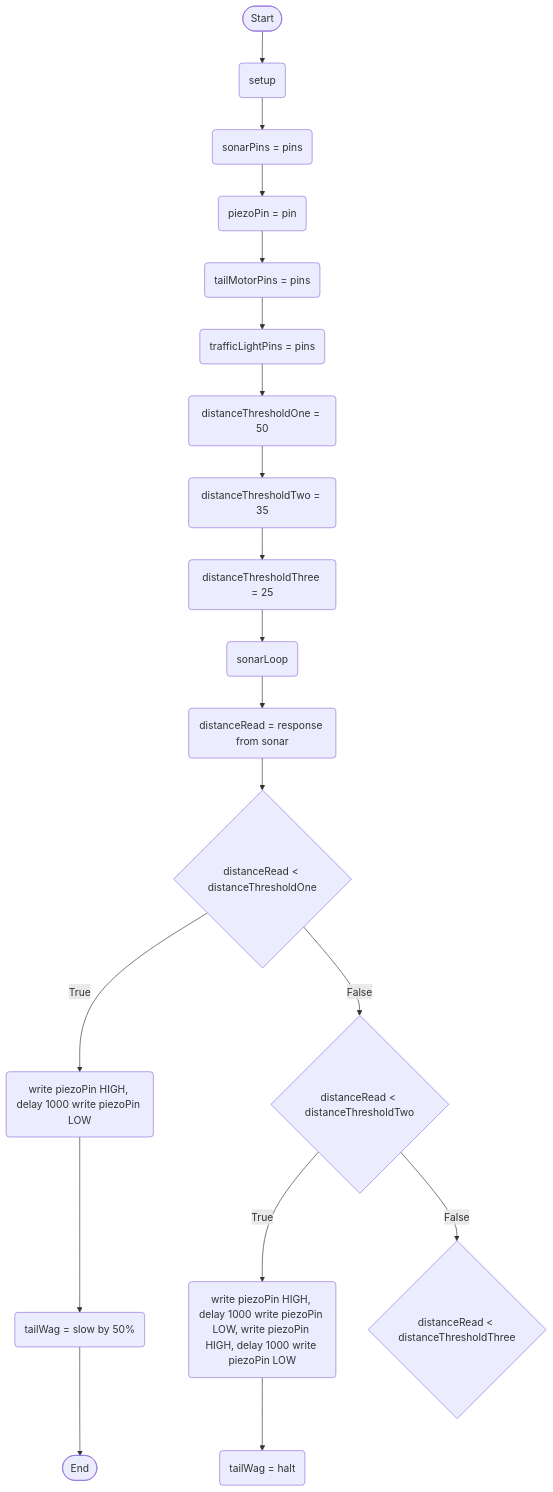
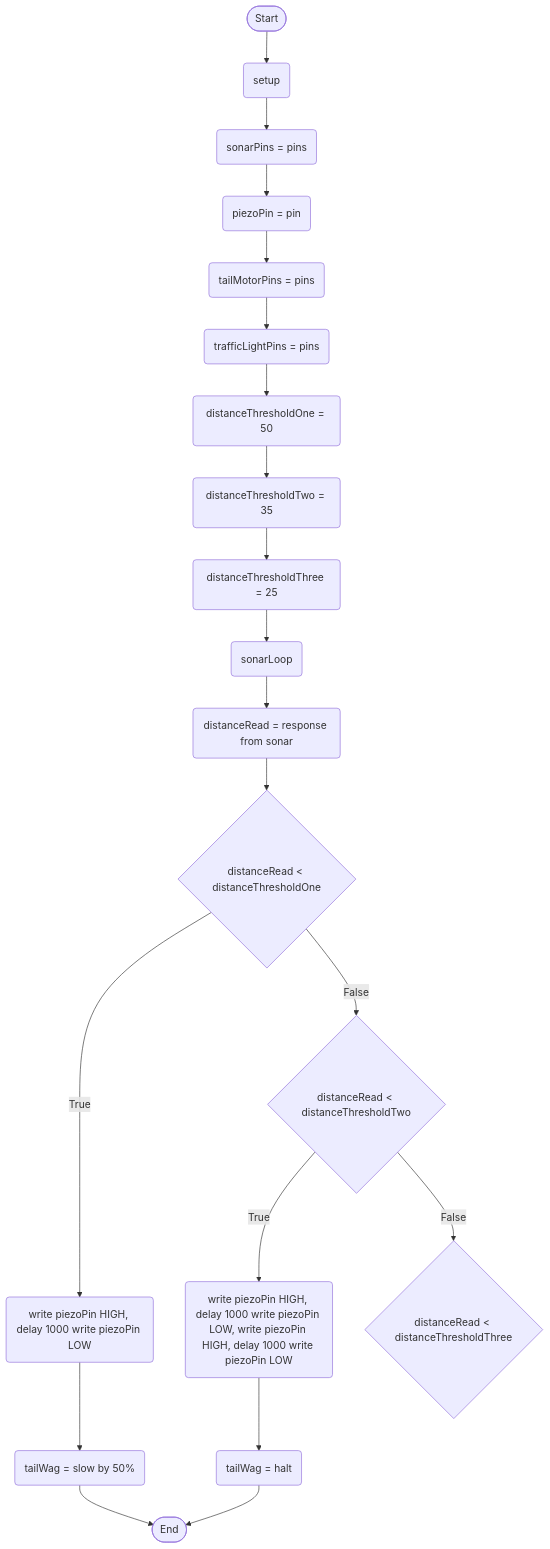
The diagram in logic.md (Deltace05/SmartDog), drawn with Mermaid before and after one commit.

````diff
--- a/logic.md
+++ b/logic.md
@@ -1,42 +1,43 @@
 ```mermaid
 flowchart TD
 terminalStart([Start])
 terminalEnd([End])
 setupStart(setup)
 setSonarRead(sonarPins = pins)
 setPiezoPin(piezoPin = pin)
 setTail(tailMotorPins = pins)
 setLight(trafficLightPins = pins)
 thresholdSetOne(distanceThresholdOne = 50)
 thresholdSetTwo(distanceThresholdTwo = 35)
 thresholdSetThree(distanceThresholdThree = 25)
 currentDistanceReading(distanceRead = response from sonar)
 ifDistanceLessThanThresholdOne{distanceRead < distanceThresholdOne}
 ifDistanceLessThanThresholdTwo{distanceRead < distanceThresholdTwo}
 ifDistanceLessThanThresholdThree{distanceRead < distanceThresholdThree}
 piezoOneBuzz(write piezoPin HIGH, delay 1000 write piezoPin LOW)
 piezoTwoBuzz(write piezoPin HIGH, delay 1000 write piezoPin LOW, write piezoPin HIGH, delay 1000 write piezoPin LOW)
 tailSlow(tailWag = slow by 50%)
 tailStop(tailWag = halt)
 sonarStart(sonarLoop)
 
 terminalStart --> setupStart
 setupStart --> setSonarRead
 setSonarRead --> setPiezoPin
 setPiezoPin --> setTail
 setTail --> setLight
 setLight --> thresholdSetOne
 thresholdSetOne --> thresholdSetTwo
 thresholdSetTwo --> thresholdSetThree
 thresholdSetThree --> sonarStart
 
 sonarStart --> currentDistanceReading
 currentDistanceReading --> ifDistanceLessThanThresholdOne
 ifDistanceLessThanThresholdOne --> |True| piezoOneBuzz
 piezoOneBuzz --> tailSlow
 tailSlow --> terminalEnd
 ifDistanceLessThanThresholdOne --> |False| ifDistanceLessThanThresholdTwo
 ifDistanceLessThanThresholdTwo --> |True| piezoTwoBuzz
 piezoTwoBuzz --> tailStop
+tailStop --> terminalEnd
 ifDistanceLessThanThresholdTwo --> |False| ifDistanceLessThanThresholdThree
 ```
````
